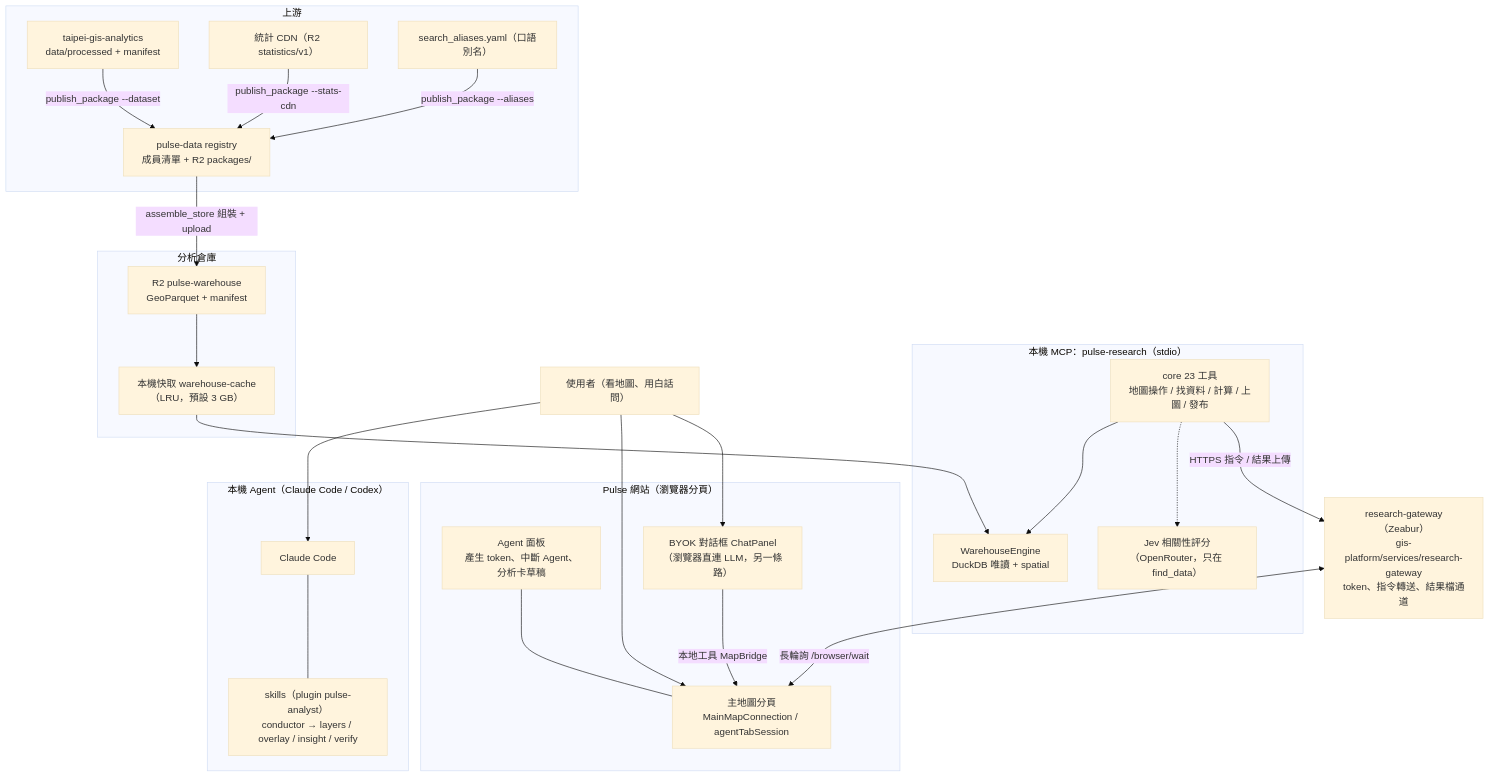
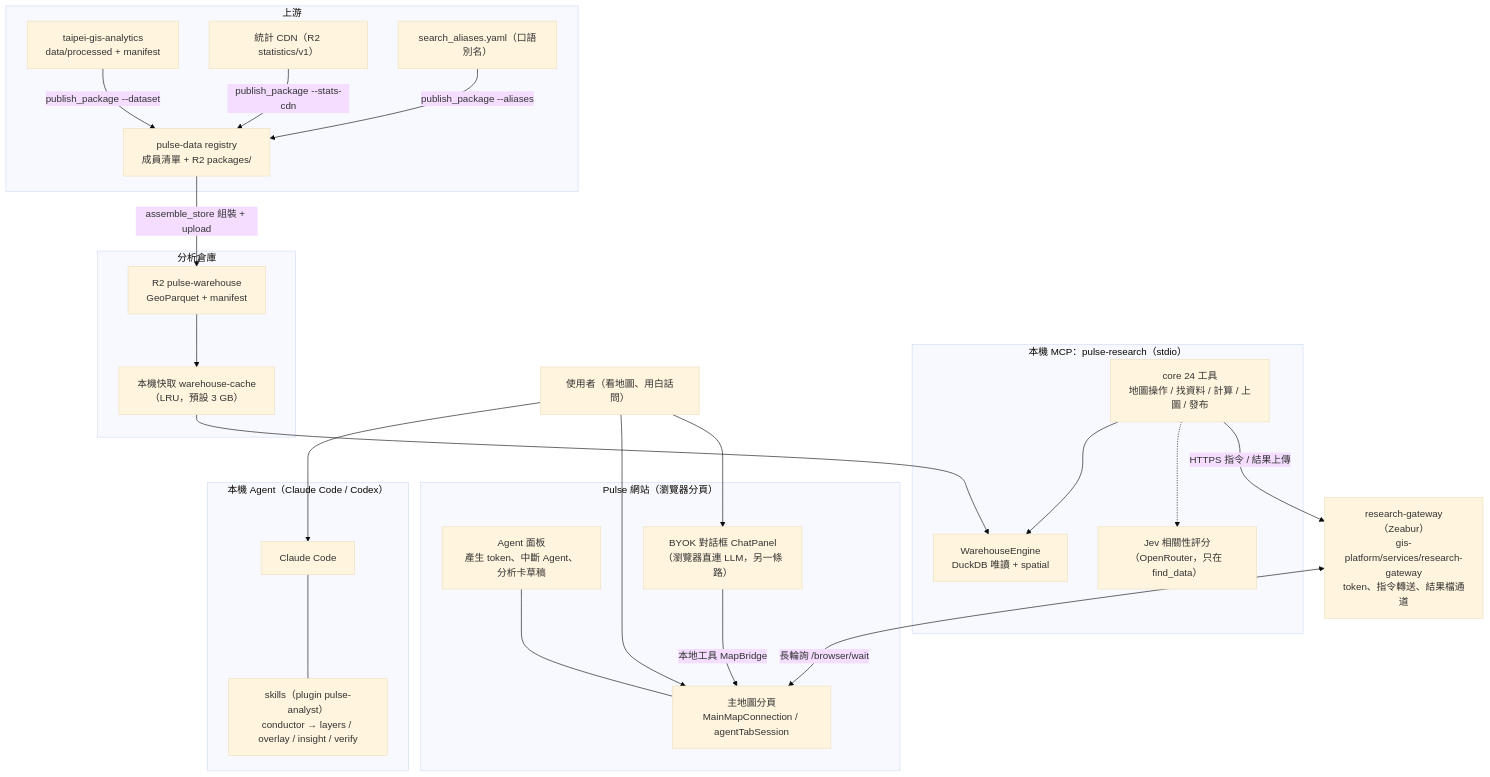
Before and after one commit to ianlkl11234s/mini-taiwan-pulse: the first of 3 diagrams in docs/features/agent-research-workbench/ARCHITECTURE.md, drawn with Mermaid (base theme). The commit also changed other lines of this file and 16 other files, not shown here.

````diff
--- a/docs/features/agent-research-workbench/ARCHITECTURE.md
+++ b/docs/features/agent-research-workbench/ARCHITECTURE.md
@@ -26,51 +26,51 @@
 ```mermaid
 flowchart TB
     U["使用者（看地圖、用白話問）"]
 
     subgraph Agent["本機 Agent（Claude Code / Codex）"]
         CC["Claude Code"]
         SK["skills（plugin pulse-analyst）<br/>conductor → layers / overlay / insight / verify"]
         CC --- SK
     end
 
     subgraph MCP["本機 MCP：pulse-research（stdio）"]
-        T["core 23 工具<br/>地圖操作 / 找資料 / 計算 / 上圖 / 發布"]
+        T["core 24 工具<br/>地圖操作 / 找資料 / 計算 / 上圖 / 發布"]
         ENG["WarehouseEngine<br/>DuckDB 唯讀 + spatial"]
         JEV["Jev 相關性評分<br/>（OpenRouter，只在 find_data）"]
         T --> ENG
         T -.-> JEV
     end
 
     subgraph WH["分析倉庫"]
         R2["R2 pulse-warehouse<br/>GeoParquet + manifest"]
         CACHE["本機快取 warehouse-cache<br/>（LRU，預設 3 GB）"]
         R2 --> CACHE --> ENG
     end
 
     subgraph UP["上游"]
         REG["pulse-data registry<br/>成員清單 + R2 packages/"]
         AN["taipei-gis-analytics<br/>data/processed + manifest"]
         CDN["統計 CDN（R2 statistics/v1）"]
         ALIAS["search_aliases.yaml（口語別名）"]
     end
     AN -->|"publish_package --dataset"| REG
     CDN -->|"publish_package --stats-cdn"| REG
     ALIAS -->|"publish_package --aliases"| REG
     REG -->|"assemble_store 組裝 + upload"| R2
 
     GW["research-gateway（Zeabur）<br/>gis-platform/services/research-gateway<br/>token、指令轉送、結果檔通道"]
 
     subgraph FE["Pulse 網站（瀏覽器分頁）"]
         MAP["主地圖分頁<br/>MainMapConnection / agentTabSession"]
         PANEL["Agent 面板<br/>產生 token、中斷 Agent、分析卡草稿"]
         BYOK["BYOK 對話框 ChatPanel<br/>（瀏覽器直連 LLM，另一條路）"]
     end
 
     U --> CC
     U --> MAP
     U --> BYOK
     T -->|"HTTPS 指令 / 結果上傳"| GW
     GW <-->|"長輪詢 /browser/wait"| MAP
     PANEL --- MAP
     BYOK -->|"本地工具 MapBridge"| MAP
 ```
````
